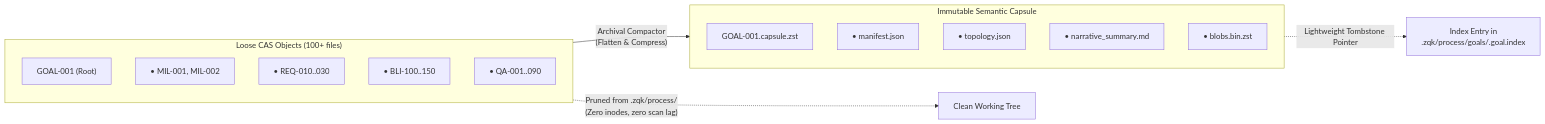
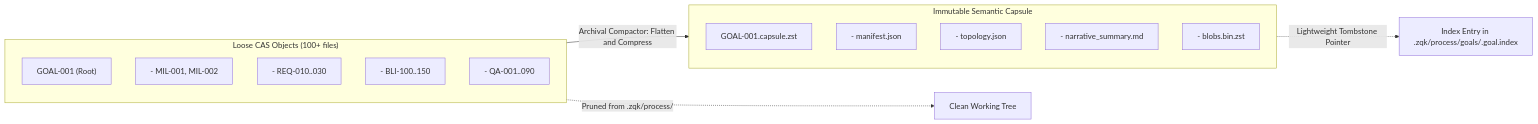
The third of 3 diagrams in docs/architecture/TIERED_STORAGE_AND_ARCHIVAL_LIFECYCLE.md (zqk-os/zqk), drawn with Mermaid before and after one commit. The commit also changed other lines of this file and 11 other files, not shown here.

Commit message:
fix(docs, packaging): fix Architecture Overview A/B diagram, standardize Mermaid rendering, and fix cross-platform packaging

````diff
--- a/docs/architecture/TIERED_STORAGE_AND_ARCHIVAL_LIFECYCLE.md
+++ b/docs/architecture/TIERED_STORAGE_AND_ARCHIVAL_LIFECYCLE.md
@@ -77,24 +77,24 @@
 ```mermaid
 flowchart LR
     subgraph Loose["Loose CAS Objects (100+ files)"]
         direction TB
         L_GOAL["GOAL-001 (Root)"]
-        L_MIL["• MIL-001, MIL-002"]
-        L_REQ["• REQ-010..030"]
-        L_BLI["• BLI-100..150"]
-        L_QA["• QA-001..090"]
+        L_MIL["- MIL-001, MIL-002"]
+        L_REQ["- REQ-010..030"]
+        L_BLI["- BLI-100..150"]
+        L_QA["- QA-001..090"]
     end
 
     subgraph Capsule["Immutable Semantic Capsule"]
         direction TB
         C_CAP["GOAL-001.capsule.zst"]
-        C_MAN["• manifest.json"]
-        C_TOP["• topology.json"]
-        C_NAR["• narrative_summary.md"]
-        C_BLOB["• blobs.bin.zst"]
+        C_MAN["- manifest.json"]
+        C_TOP["- topology.json"]
+        C_NAR["- narrative_summary.md"]
+        C_BLOB["- blobs.bin.zst"]
     end
 
-    Loose -->|"Archival Compactor<br/>(Flatten & Compress)"| Capsule
-    Loose -.->|"Pruned from .zqk/process/<br/>(Zero inodes, zero scan lag)"| Pruned["Clean Working Tree"]
-    Capsule -.->|"Lightweight Tombstone Pointer"| Index["Index Entry in<br/>.zqk/process/goals/.goal.index"]
+    Loose -->|Archival Compactor: Flatten and Compress| Capsule
+    Loose -.->|Pruned from .zqk/process/| Pruned["Clean Working Tree"]
+    Capsule -.->|Lightweight Tombstone Pointer| Index["Index Entry in .zqk/process/goals/.goal.index"]
 ```
````
